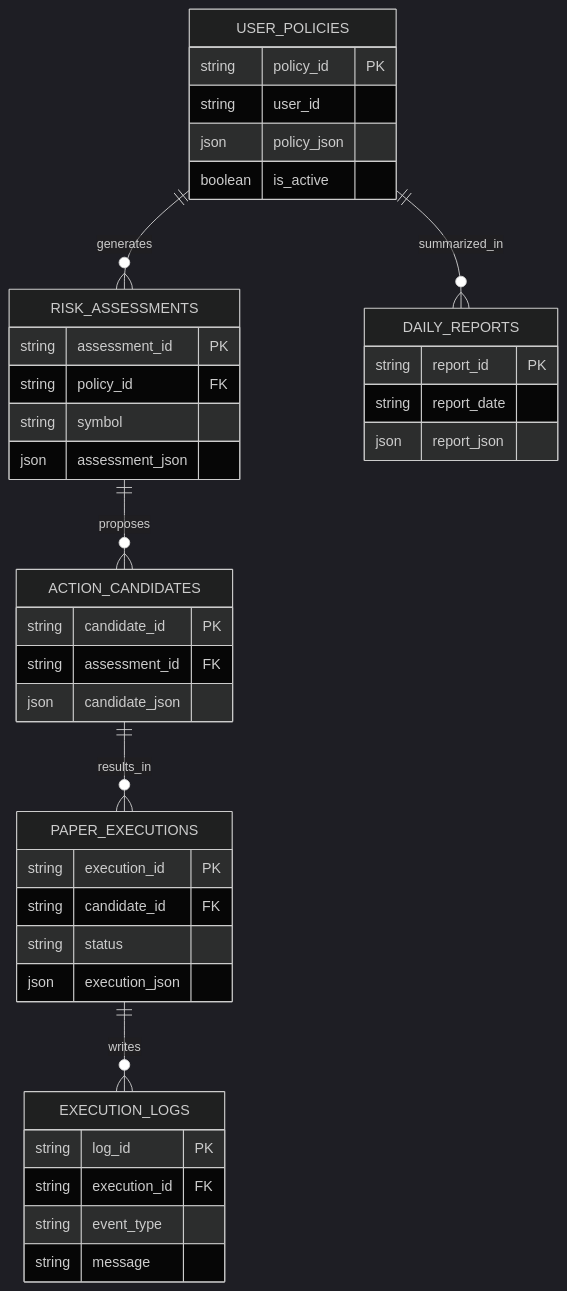
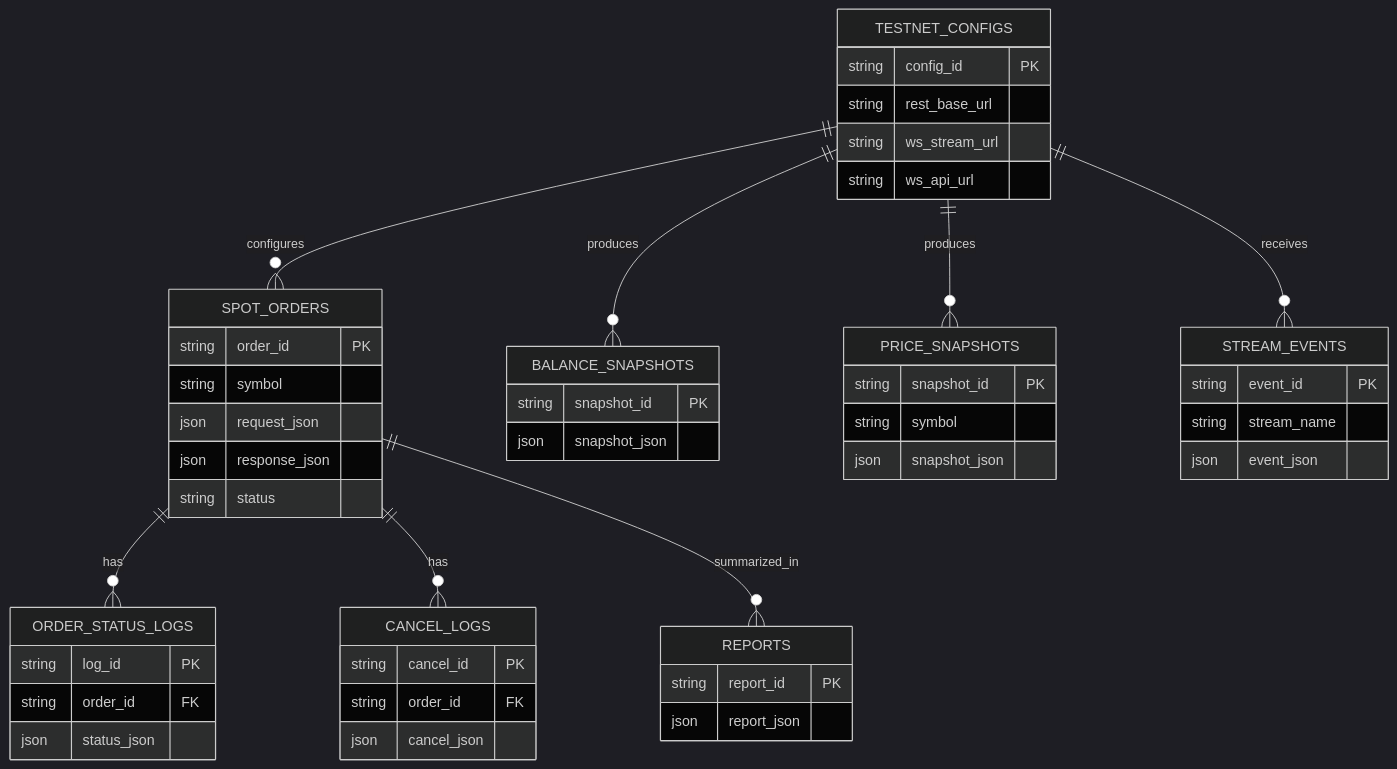
The diagram in DATA.md (UpstageAI/sw-maestro-project), drawn with Mermaid (dark theme) before and after one commit. The commit also changed other lines of this file and 8 other files, not shown here.

Commit message:
refactor: rewrite docs for Binance Spot Testnet trading flow

````diff
--- a/DATA.md
+++ b/DATA.md
@@ -354,43 +381,52 @@
 ```mermaid
 erDiagram
-    USER_POLICIES ||--o{ RISK_ASSESSMENTS : generates
-    RISK_ASSESSMENTS ||--o{ ACTION_CANDIDATES : proposes
-    ACTION_CANDIDATES ||--o{ PAPER_EXECUTIONS : results_in
-    PAPER_EXECUTIONS ||--o{ EXECUTION_LOGS : writes
-    USER_POLICIES ||--o{ DAILY_REPORTS : summarized_in
+    TESTNET_CONFIGS ||--o{ SPOT_ORDERS : configures
+    SPOT_ORDERS ||--o{ ORDER_STATUS_LOGS : has
+    SPOT_ORDERS ||--o{ CANCEL_LOGS : has
+    TESTNET_CONFIGS ||--o{ BALANCE_SNAPSHOTS : produces
+    TESTNET_CONFIGS ||--o{ PRICE_SNAPSHOTS : produces
+    TESTNET_CONFIGS ||--o{ STREAM_EVENTS : receives
+    SPOT_ORDERS ||--o{ REPORTS : summarized_in
 
-    USER_POLICIES {
-      string policy_id PK
-      string user_id
-      json policy_json
-      boolean is_active
+    TESTNET_CONFIGS {
+      string config_id PK
+      string rest_base_url
+      string ws_stream_url
+      string ws_api_url
     }
-    RISK_ASSESSMENTS {
-      string assessment_id PK
-      string policy_id FK
+    SPOT_ORDERS {
+      string order_id PK
       string symbol
-      json assessment_json
+      json request_json
+      json response_json
+      string status
     }
-    ACTION_CANDIDATES {
-      string candidate_id PK
-      string assessment_id FK
-      json candidate_json
+    ORDER_STATUS_LOGS {
+      string log_id PK
+      string order_id FK
+      json status_json
     }
-    PAPER_EXECUTIONS {
-      string execution_id PK
-      string candidate_id FK
-      string status
-      json execution_json
+    CANCEL_LOGS {
+      string cancel_id PK
+      string order_id FK
+      json cancel_json
     }
-    EXECUTION_LOGS {
-      string log_id PK
-      string execution_id FK
-      string event_type
-      string message
+    BALANCE_SNAPSHOTS {
+      string snapshot_id PK
+      json snapshot_json
     }
-    DAILY_REPORTS {
+    PRICE_SNAPSHOTS {
+      string snapshot_id PK
+      string symbol
+      json snapshot_json
+    }
+    STREAM_EVENTS {
+      string event_id PK
+      string stream_name
+      json event_json
+    }
+    REPORTS {
       string report_id PK
-      string report_date
       json report_json
     }
 ```
````
